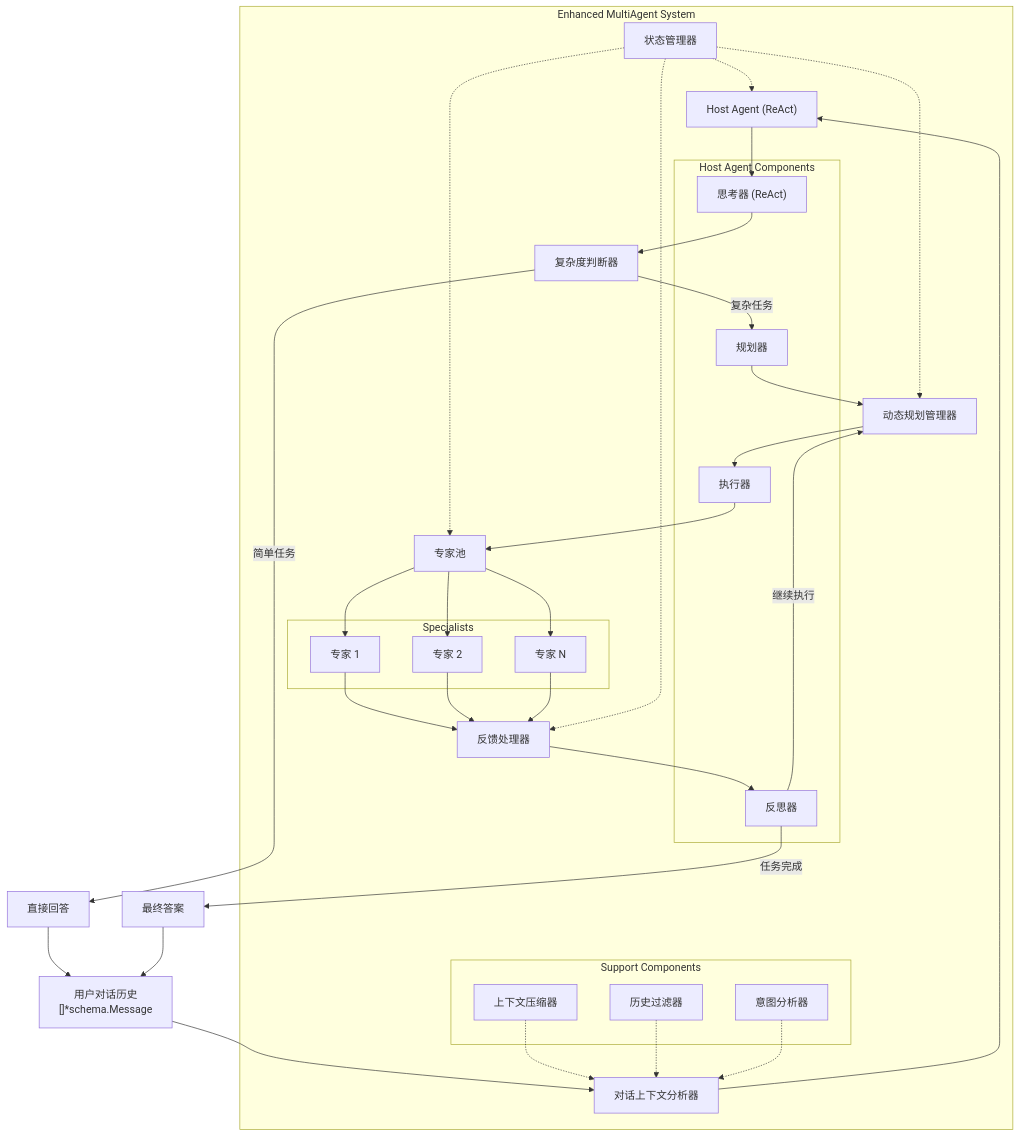
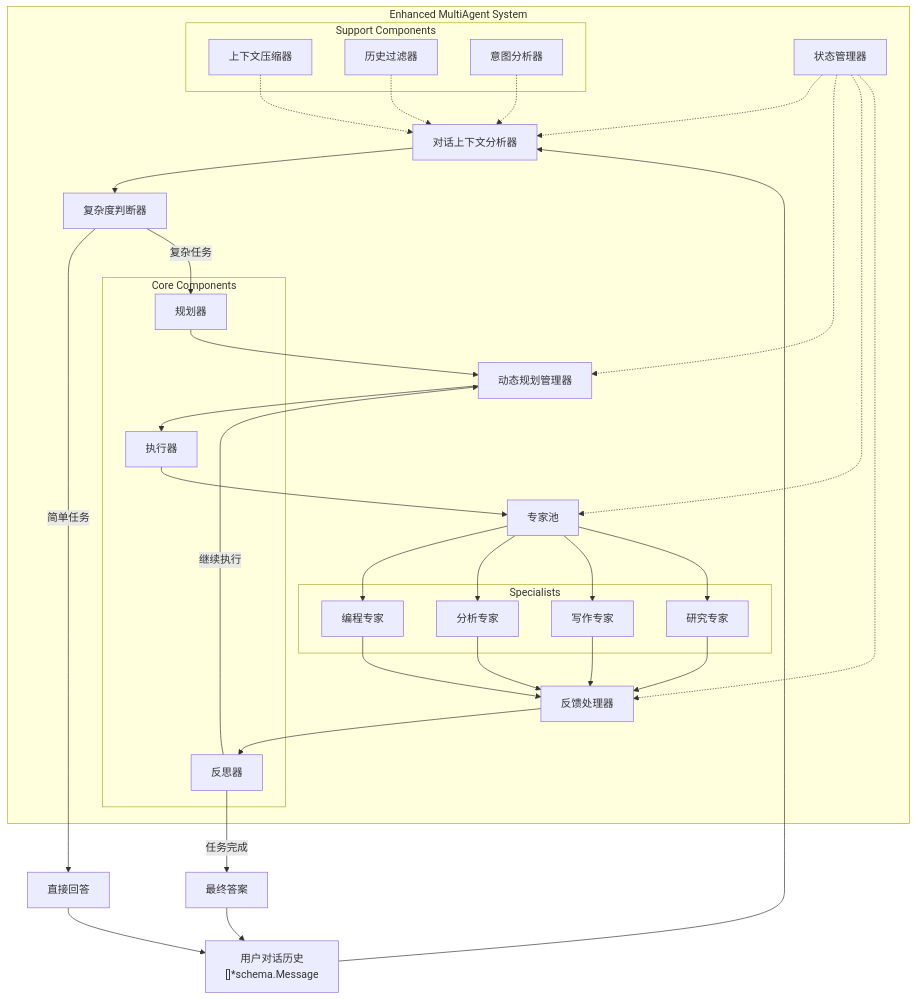
The first of 3 diagrams in server/internal/agent/enhanced_multiagent/02_architecture.md (PGshen/thinking-map), drawn with Mermaid before and after one commit. The commit also changed other lines of this file and 5 other files, not shown here.

First line of the commit message:
refactor(enhanced_multiagent): simplify state management and streamline execution flow

````diff
--- a/server/internal/agent/enhanced_multiagent/02_architecture.md
+++ b/server/internal/agent/enhanced_multiagent/02_architecture.md
@@ -7,61 +7,60 @@
 ```mermaid
 flowchart TB
     subgraph "Enhanced MultiAgent System"
-        HostAgent["Host Agent (ReAct)"]
         ConversationAnalyzer["对话上下文分析器"]
         ComplexityJudge["复杂度判断器"]
         PlanManager["动态规划管理器"]
         SpecialistPool["专家池"]
         FeedbackProcessor["反馈处理器"]
         StateManager["状态管理器"]
         
-        subgraph "Host Agent Components"
-            Thinker["思考器 (ReAct)"]
+        subgraph "Core Components"
             Planner["规划器"]
             Executor["执行器"]
             Reflector["反思器"]
         end
         
         subgraph "Specialists"
-            Spec1["专家 1"]
-            Spec2["专家 2"]
-            SpecN["专家 N"]
+            Spec1["编程专家"]
+            Spec2["分析专家"]
+            Spec3["写作专家"]
+            Spec4["研究专家"]
         end
         
         subgraph "Support Components"
             ContextCompressor["上下文压缩器"]
             HistoryFilter["历史过滤器"]
             IntentAnalyzer["意图分析器"]
         end
     end
     
     User["用户对话历史<br/>[]*schema.Message"] --> ConversationAnalyzer
-    ConversationAnalyzer --> HostAgent
-    HostAgent --> Thinker
-    Thinker --> ComplexityJudge
+    ConversationAnalyzer --> ComplexityJudge
     ComplexityJudge -->|简单任务| DirectAnswer["直接回答"]
     ComplexityJudge -->|复杂任务| Planner
     Planner --> PlanManager
     PlanManager --> Executor
     Executor --> SpecialistPool
     SpecialistPool --> Spec1
     SpecialistPool --> Spec2
-    SpecialistPool --> SpecN
+    SpecialistPool --> Spec3
+    SpecialistPool --> Spec4
     Spec1 --> FeedbackProcessor
     Spec2 --> FeedbackProcessor
-    SpecN --> FeedbackProcessor
+    Spec3 --> FeedbackProcessor
+    Spec4 --> FeedbackProcessor
     FeedbackProcessor --> Reflector
     Reflector -->|继续执行| PlanManager
     Reflector -->|任务完成| FinalAnswer["最终答案"]
     DirectAnswer --> User
     FinalAnswer --> User
     
-    StateManager -.-> HostAgent
+    StateManager -.-> ConversationAnalyzer
     StateManager -.-> PlanManager
     StateManager -.-> SpecialistPool
     StateManager -.-> FeedbackProcessor
     
     ContextCompressor -.-> ConversationAnalyzer
     HistoryFilter -.-> ConversationAnalyzer
     IntentAnalyzer -.-> ConversationAnalyzer
 ```
````
